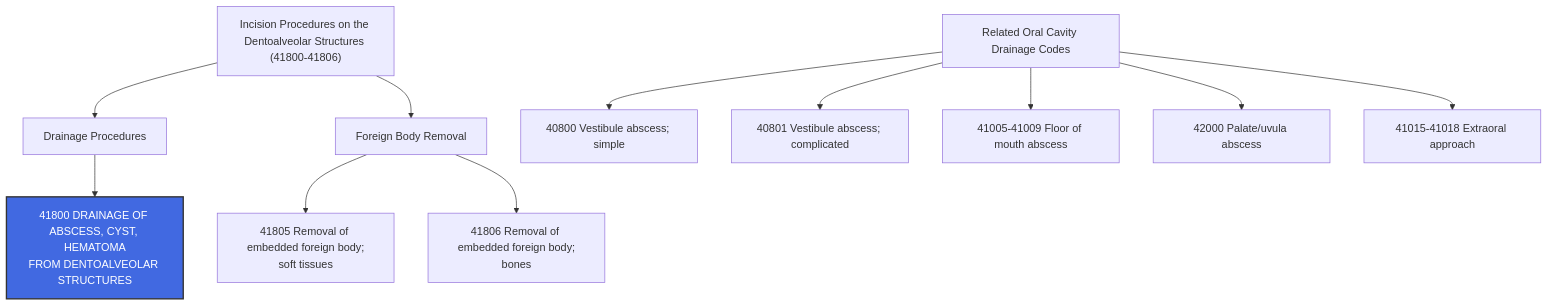
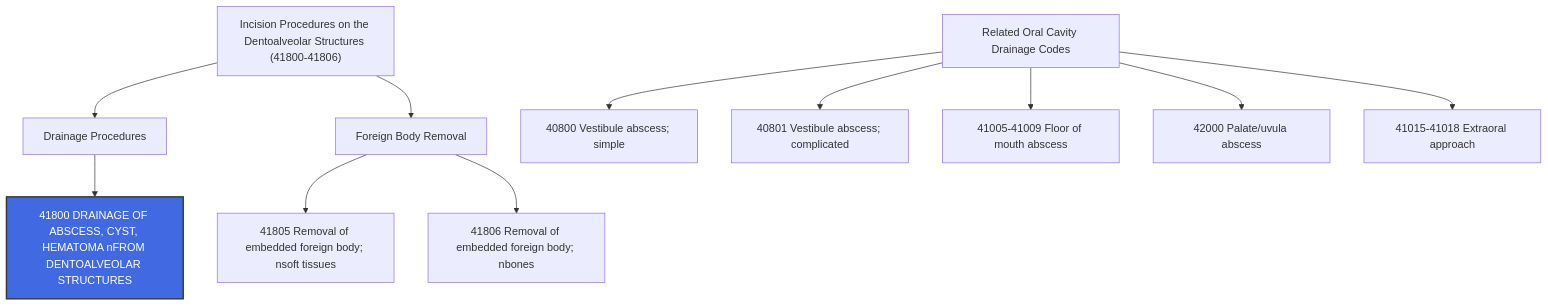
Before and after one commit to crmills81/MCW_Coder_Hub: the diagram in content/50 Medical Coding/CPT Codes/41800.md, drawn with Mermaid. The commit also changed 75 other files, not shown here.

````diff
--- a/content/50 Medical Coding/CPT Codes/41800.md
+++ b/content/50 Medical Coding/CPT Codes/41800.md
@@ -139,17 +139,17 @@
 ```mermaid
 flowchart TD
     A["Incision Procedures on the Dentoalveolar Structures (41800-41806)"] --> B["Drainage Procedures"]
-    B --> C["41800 DRAINAGE OF ABSCESS, CYST, HEMATOMA\nFROM DENTOALVEOLAR STRUCTURES"]
+    B --> C["41800 DRAINAGE OF ABSCESS, CYST, HEMATOMA nFROM DENTOALVEOLAR STRUCTURES"]
 
     A --> D["Foreign Body Removal"]
-    D --> E["41805 Removal of embedded foreign body;\nsoft tissues"]
-    D --> F["41806 Removal of embedded foreign body;\nbones"]
+    D --> E["41805 Removal of embedded foreign body; nsoft tissues"]
+    D --> F["41806 Removal of embedded foreign body; nbones"]
 
     G["Related Oral Cavity Drainage Codes"] --> H["40800 Vestibule abscess; simple"]
     G --> I["40801 Vestibule abscess; complicated"]
     G --> J["41005-41009 Floor of mouth abscess"]
     G --> K["42000 Palate/uvula abscess"]
     G --> L["41015-41018 Extraoral approach"]
 
     style C fill:#4169E1,stroke:#333,stroke-width:2px,color:white
 ```
````
